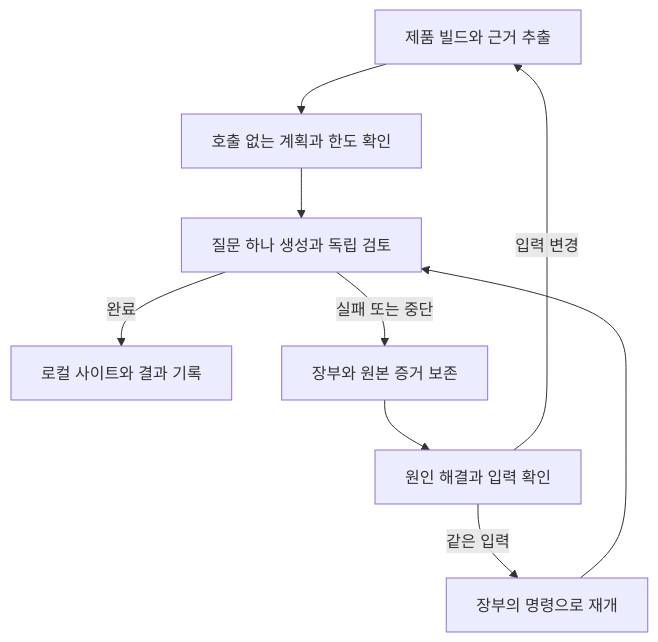
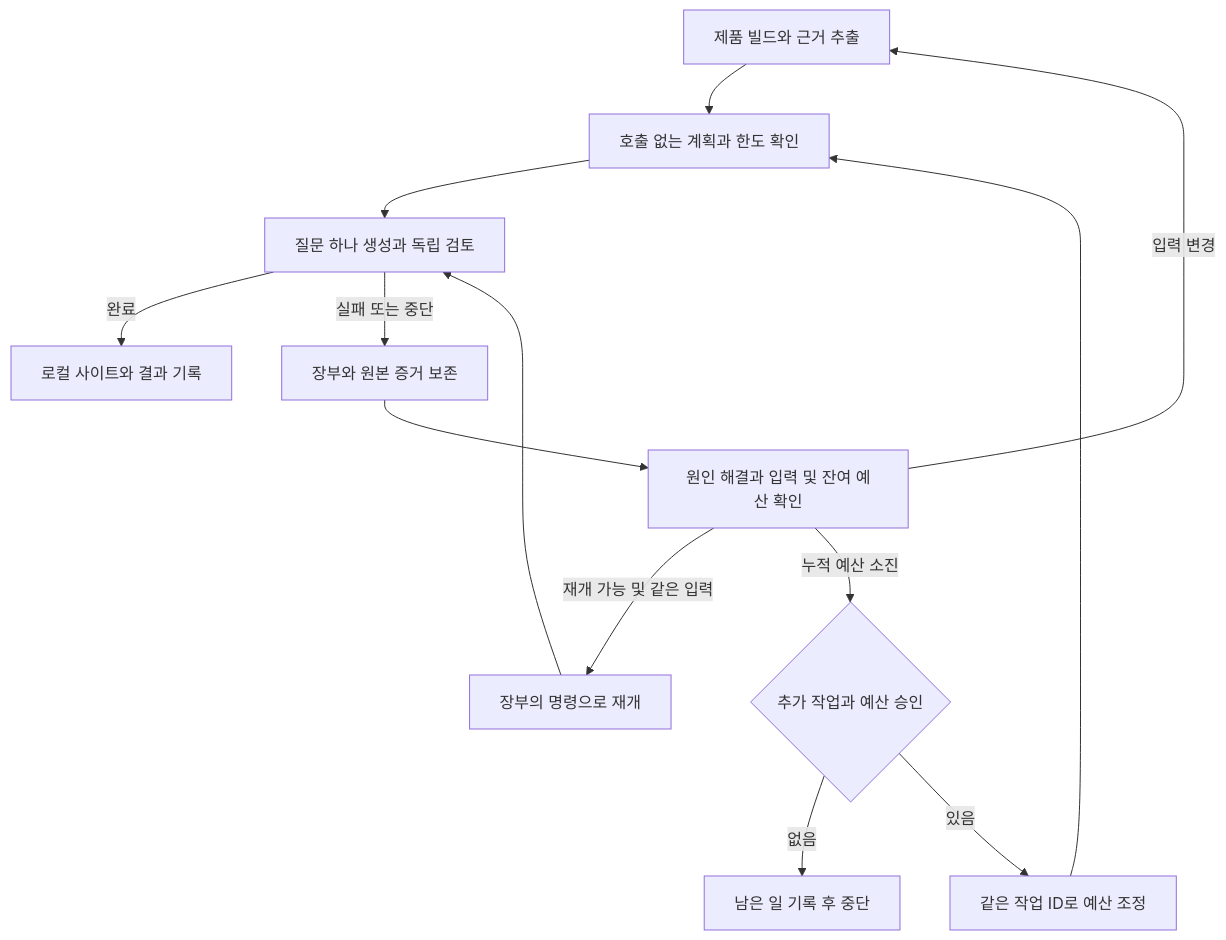
One commit to TTolsun/camera-hal-sdd-generator changed the diagram in skills/camera-hal-sdd/SKILL.md. Above: the diagram before and after it, drawn with Mermaid. The commit also changed 1 other file, not shown here.

Commit message:
Scope release package facts and show budget stop in recovery flow

````diff
--- a/skills/camera-hal-sdd/SKILL.md
+++ b/skills/camera-hal-sdd/SKILL.md
@@ -55,11 +55,15 @@
 ```mermaid
 flowchart TD
   inputs[제품 빌드와 근거 추출] --> plan[호출 없는 계획과 한도 확인]
   plan --> run[질문 하나 생성과 독립 검토]
   run -->|완료| local[로컬 사이트와 결과 기록]
   run -->|실패 또는 중단| record[장부와 원본 증거 보존]
-  record --> fix[원인 해결과 입력 확인]
-  fix -->|같은 입력| resume[장부의 명령으로 재개]
+  record --> fix[원인 해결과 입력 및 잔여 예산 확인]
+  fix -->|재개 가능 및 같은 입력| resume[장부의 명령으로 재개]
   resume --> run
   fix -->|입력 변경| inputs
+  fix -->|누적 예산 소진| approval{추가 작업과 예산 승인}
+  approval -->|없음| stop[남은 일 기록 후 중단]
+  approval -->|있음| budget[같은 작업 ID로 예산 조정]
+  budget --> plan
 ```
````
